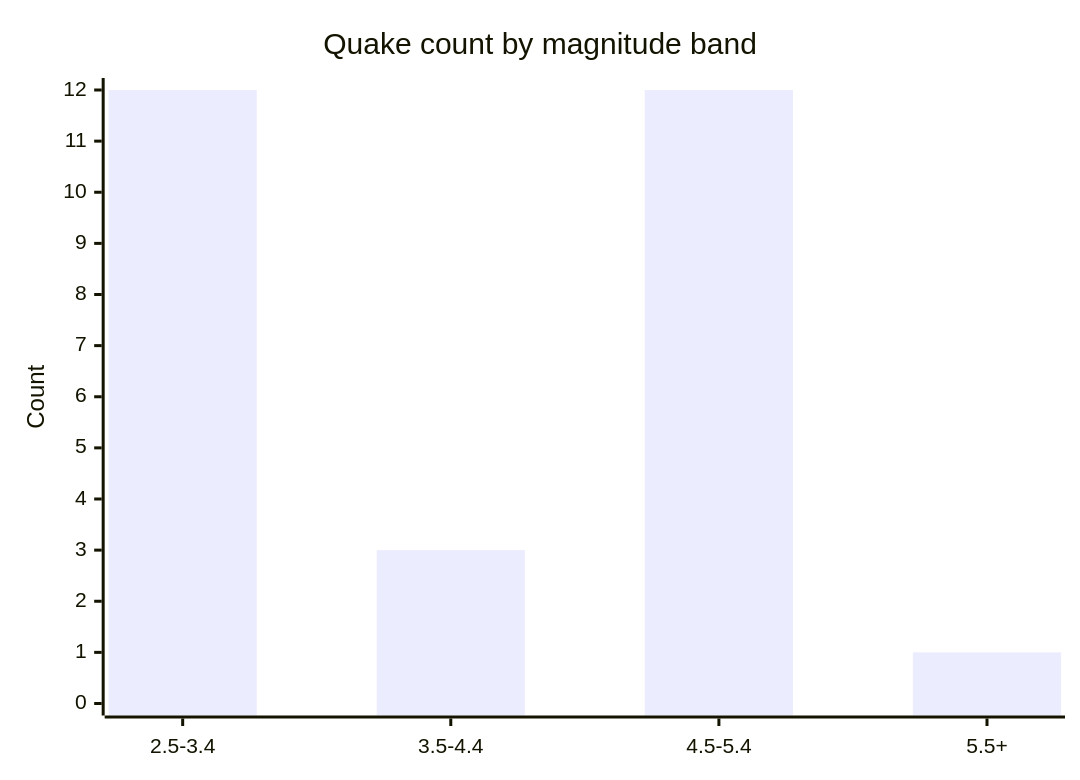
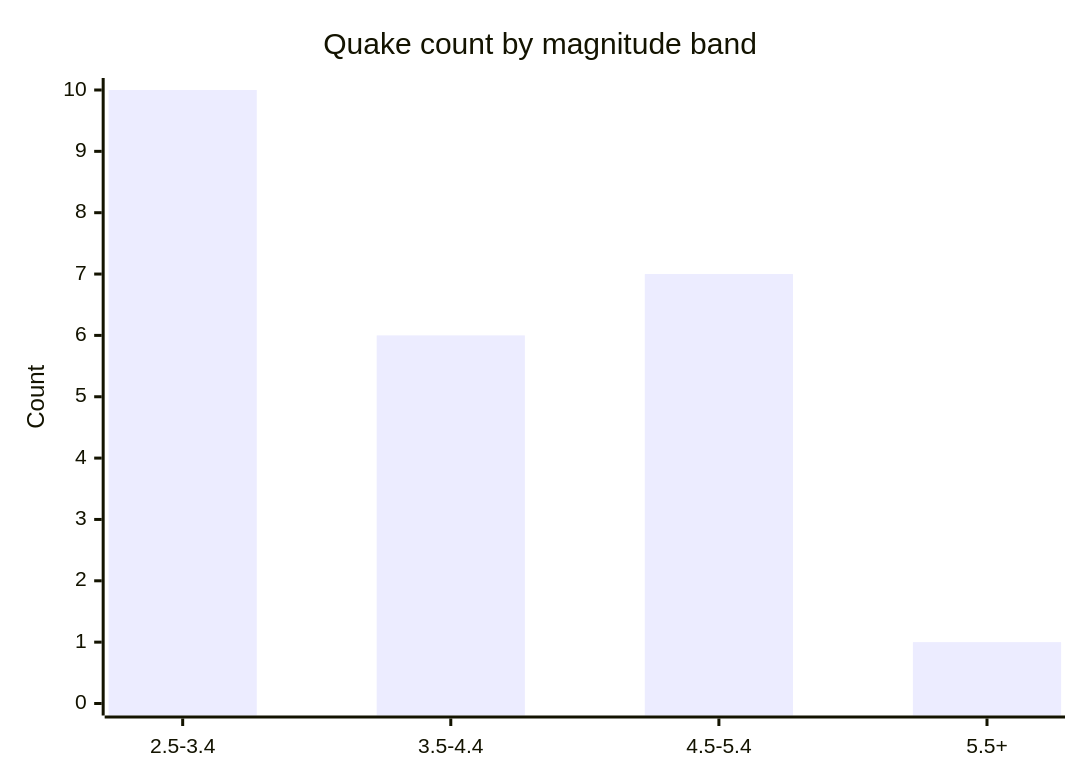
One commit to Midwest-Stratospheric/aerostratospheric-defense-gir changed the fifth of 6 diagrams in docs/GRAPHS.md. Above: the diagram before and after it, drawn with Mermaid. The commit also changed other lines of this file and 24 other files, not shown here.

````diff
--- a/docs/GRAPHS.md
+++ b/docs/GRAPHS.md
@@ -82,7 +82,7 @@
 ```mermaid
 xychart-beta
   title "Quake count by magnitude band"
   x-axis ["2.5-3.4", "3.5-4.4", "4.5-5.4", "5.5+"]
-  y-axis "Count" 0 --> 12
-  bar [12, 3, 12, 1]
+  y-axis "Count" 0 --> 10
+  bar [10, 6, 7, 1]
 ```
````
